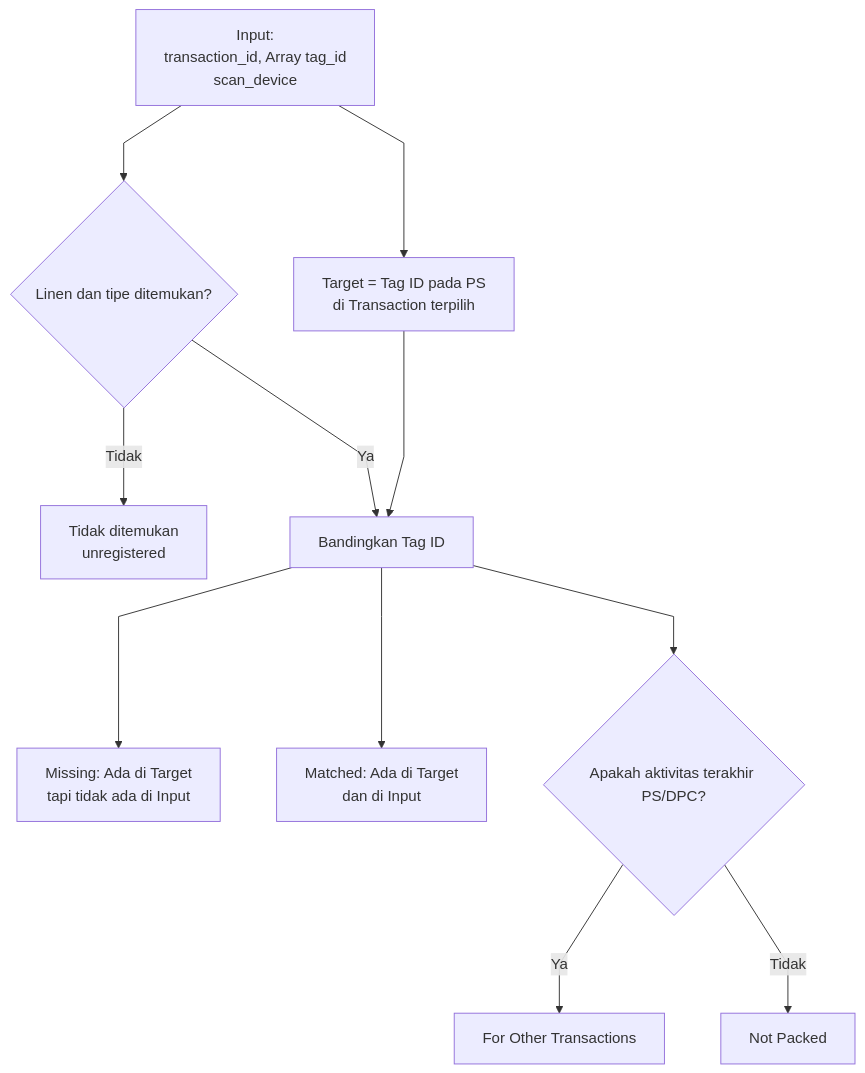
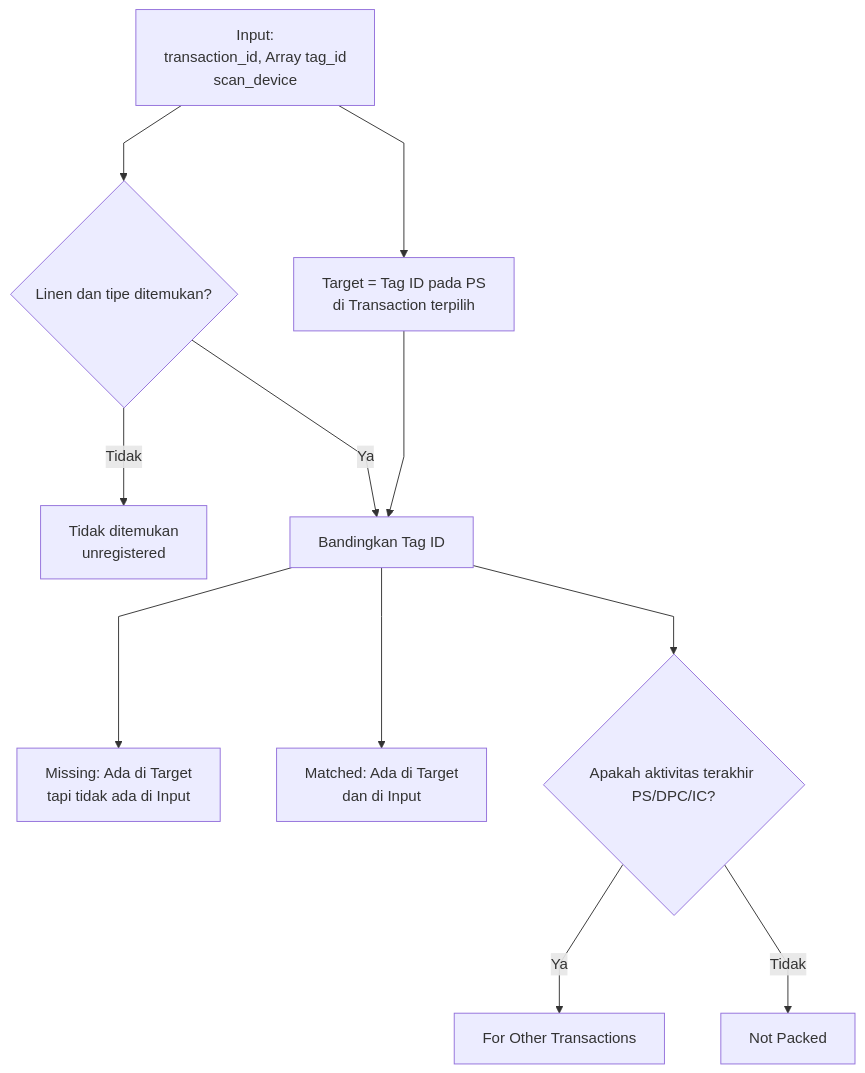
One commit to bagaskrmn/bac-flow-laundry changed the second of 3 diagrams in laundry-activities/incoming-clean.md. Above: the diagram before and after it, drawn with Mermaid. The commit also changed 1 other file, not shown here.

Commit message:
fix cek DPC/IC

````diff
--- a/laundry-activities/incoming-clean.md
+++ b/laundry-activities/incoming-clean.md
@@ -12,20 +12,20 @@
 ```mermaid
 %%{init: {'flowchart': {'curve': 'linear', 'nodeSpacing': 60, 'rankSpacing': 80, 'diagramPadding': 24}}}%%
 flowchart TD
     N_IN["Input:<br/>transaction_id, Array tag_id<br/>scan_device"]
     N_IN --> N_MASTER{"Linen dan tipe ditemukan?"}
     N_MASTER -->|Tidak| N_UNREG["Tidak ditemukan<br/>unregistered"]
 
     N_IN --> N_OSS["Target = Tag ID pada PS<br/>di Transaction terpilih"]
     N_MASTER -->|Ya| N_COMP["Bandingkan Tag ID"]
     N_OSS --> N_COMP
 
     N_COMP -->N_MS["Missing: Ada di Target<br/>tapi tidak ada di Input"]
     N_COMP -->N_MATCH["Matched: Ada di Target<br/>dan di Input"]
-    N_COMP -->N_PS{"Apakah aktivitas terakhir PS/DPC?"}
+    N_COMP -->N_PS{"Apakah aktivitas terakhir PS/DPC/IC?"}
     N_PS -->|Ya| N_LASTPS["For Other Transactions"]
     N_PS -->|Tidak| N_LASTNOTPS["Not Packed"]
 
     class N_PS,N_LASTPS,N_LASTNOTPS danger
 
 ```
````
